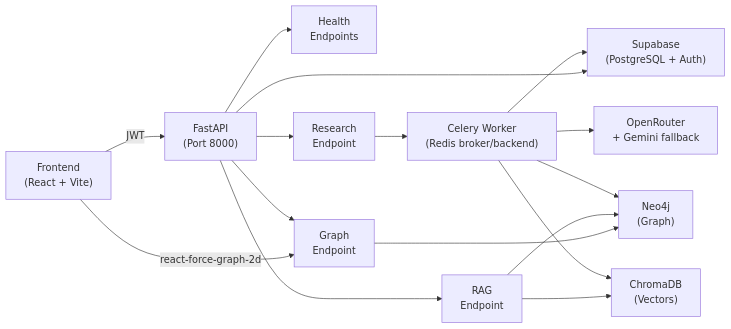
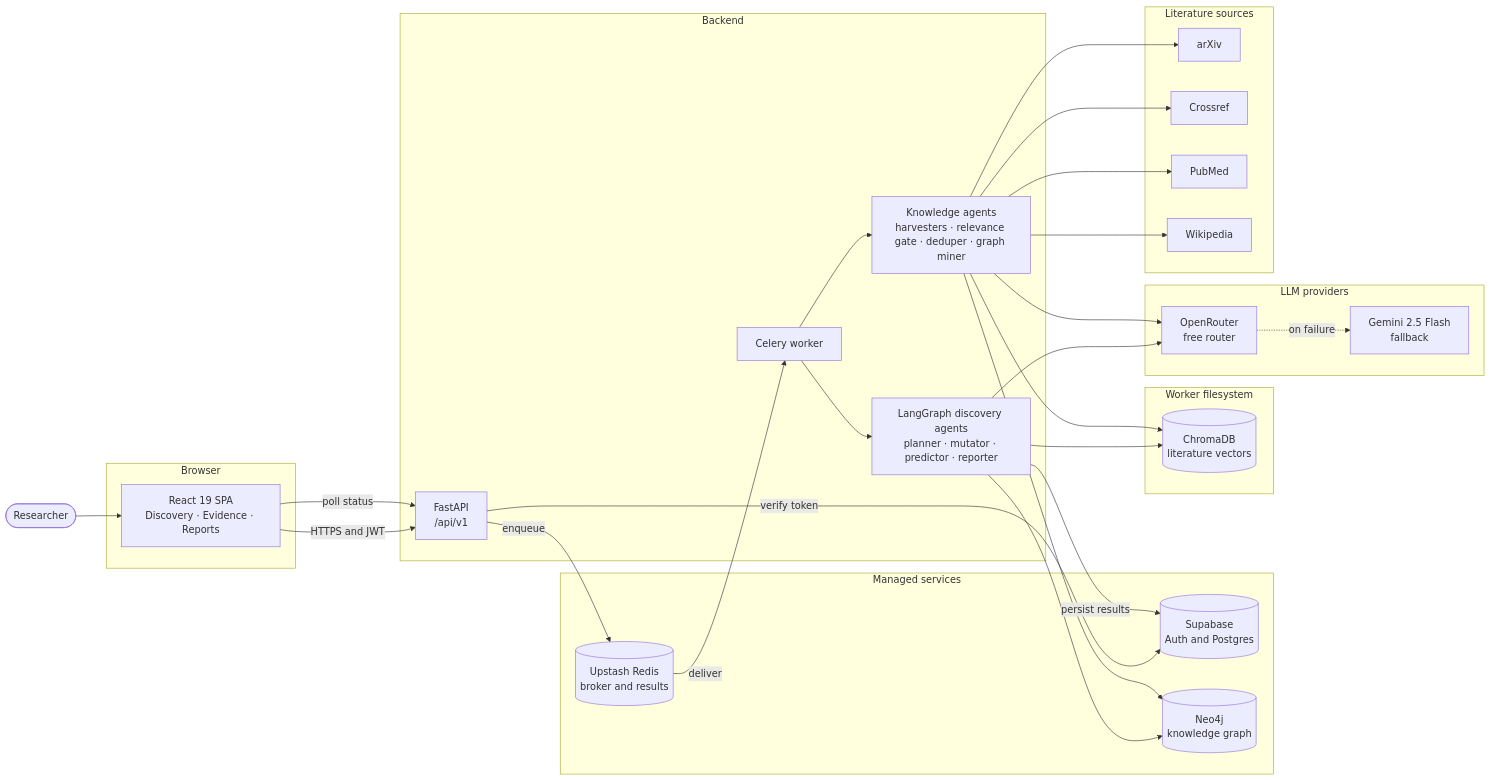
One commit to Rahul-8283/AURA_Data_Driven changed the first of 27 diagrams in README.md. Above: the diagram before and after it, drawn with Mermaid. The commit also changed other lines of this file, not shown here.

First line of the commit message:
docs: rewrite README around both loops, agents and literature ingestion

````diff
--- a/README.md
+++ b/README.md
@@ -119,30 +159,58 @@
 ```mermaid
-graph LR
-    FE["Frontend<br/>(React + Vite)"]
-    API["FastAPI<br/>(Port 8000)"]
-    Health["Health<br/>Endpoints"]
-    RAG["RAG<br/>Endpoint"]
-    Research["Research<br/>Endpoint"]
-    Graph["Graph<br/>Endpoint"]
-    Celery["Celery Worker<br/>(Redis broker/backend)"]
-    Supabase["Supabase<br/>(PostgreSQL + Auth)"]
-    Neo4j["Neo4j<br/>(Graph)"]
-    Chroma["ChromaDB<br/>(Vectors)"]
-    LLM["OpenRouter<br/>+ Gemini fallback"]
+flowchart LR
+    user(["Researcher"])
 
-    FE -->|JWT| API
-    API --> Health
-    API --> RAG
-    API --> Research
-    API --> Graph
-    Research --> Celery
-    Celery --> Neo4j
-    Celery --> Chroma
-    Celery --> LLM
-    Celery --> Supabase
-    API --> Supabase
-    RAG --> Neo4j
-    RAG --> Chroma
-    Graph --> Neo4j
-    FE -->|react-force-graph-2d| Graph
+    subgraph browser["Browser"]
+        spa["React 19 SPA<br/>Discovery · Evidence · Reports"]
+    end
+
+    subgraph backend["Backend"]
+        api["FastAPI<br/>/api/v1"]
+        worker["Celery worker"]
+        lg["LangGraph discovery agents<br/>planner · mutator · predictor · reporter"]
+        kn["Knowledge agents<br/>harvesters · relevance gate · deduper · graph miner"]
+    end
+
+    subgraph managed["Managed services"]
+        redis[("Upstash Redis<br/>broker and results")]
+        supa[("Supabase<br/>Auth and Postgres")]
+        neo[("Neo4j<br/>knowledge graph")]
+    end
+
+    subgraph local["Worker filesystem"]
+        chroma[("ChromaDB<br/>literature vectors")]
+    end
+
+    subgraph llm["LLM providers"]
+        orr["OpenRouter<br/>free router"]
+        gem["Gemini 2.5 Flash<br/>fallback"]
+    end
+
+    subgraph sources["Literature sources"]
+        arx["arXiv"]
+        cro["Crossref"]
+        pub["PubMed"]
+        wik["Wikipedia"]
+    end
+
+    user --> spa
+    spa -->|"HTTPS and JWT"| api
+    api -->|"verify token"| supa
+    api -->|"enqueue"| redis
+    redis -->|"deliver"| worker
+    worker --> lg
+    worker --> kn
+    lg --> neo
+    lg --> chroma
+    lg --> orr
+    kn --> arx
+    kn --> cro
+    kn --> pub
+    kn --> wik
+    kn --> chroma
+    kn --> neo
+    kn --> orr
+    orr -.->|"on failure"| gem
+    lg -->|"persist results"| supa
+    spa -->|"poll status"| api
 ```
````
